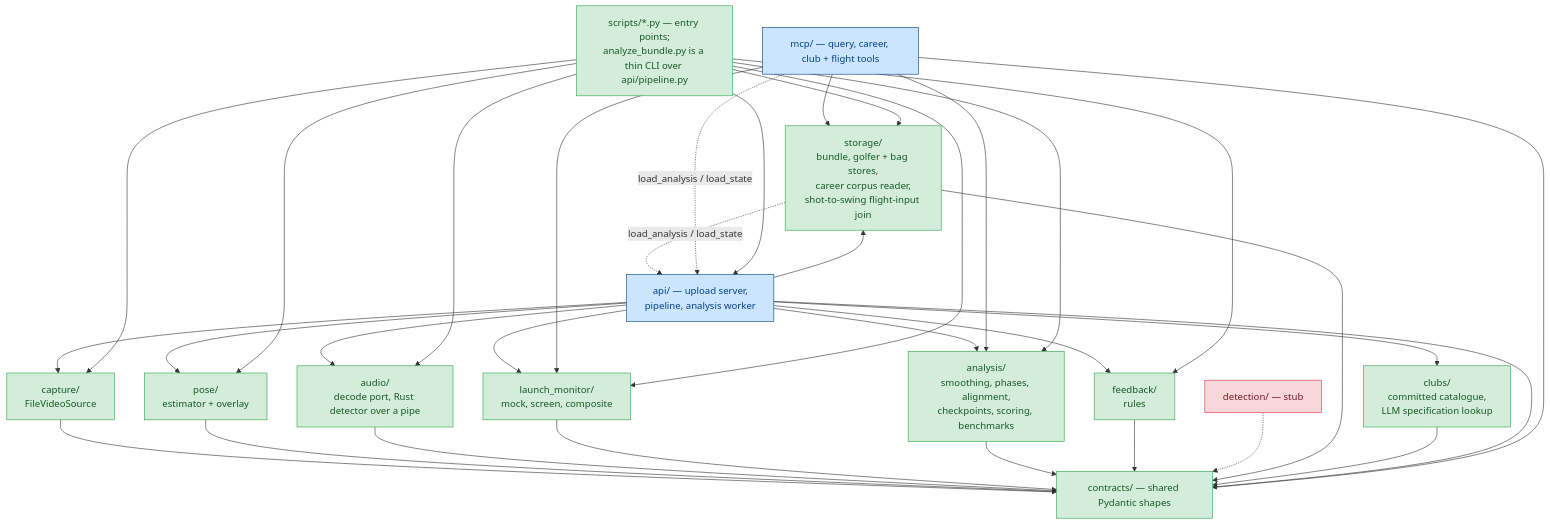
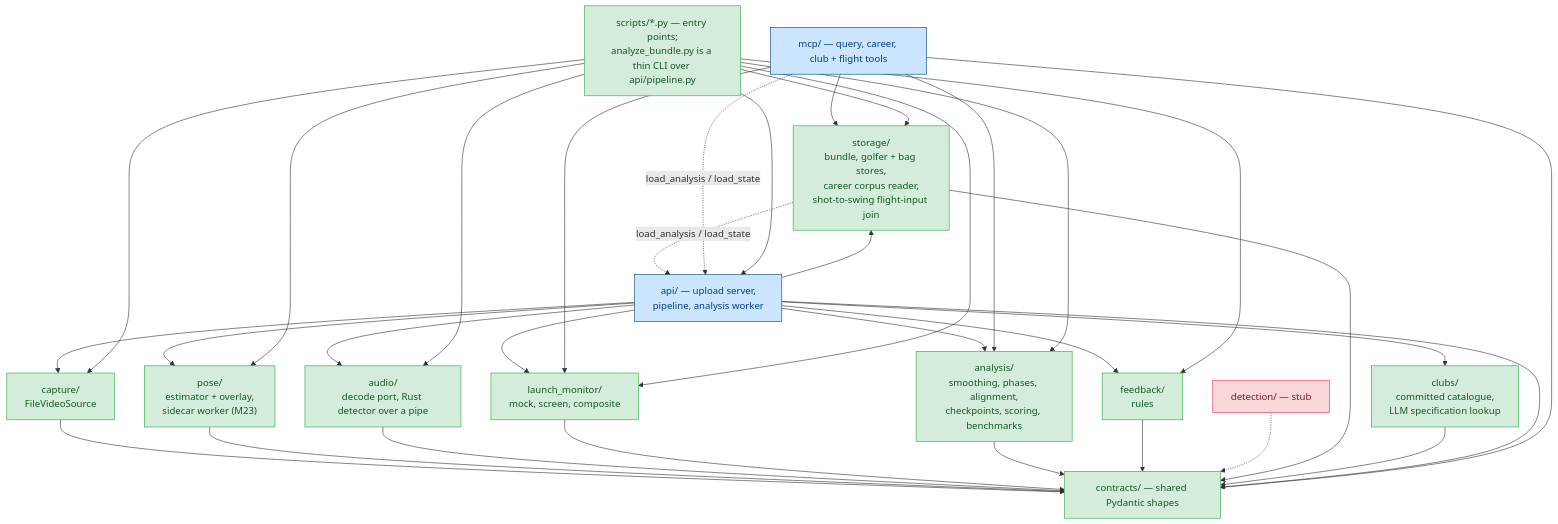
One commit to MildTreeRat/golf-coach changed the second of 3 diagrams in docs/ARCHITECTURE.md. Above: the diagram before and after it, drawn with Mermaid. The commit also changed other lines of this file and 25 other files, not shown here.

````diff
--- a/docs/ARCHITECTURE.md
+++ b/docs/ARCHITECTURE.md
@@ -251,49 +267,49 @@
 ```mermaid
 flowchart TD
     C["contracts/ — shared Pydantic shapes"]
 
     CAP["capture/<br/>FileVideoSource"] --> C
-    POSE["pose/<br/>estimator + overlay"] --> C
+    POSE["pose/<br/>estimator + overlay,<br/>sidecar worker (M23)"] --> C
     AUD["audio/<br/>decode port, Rust detector over a pipe"] --> C
     LMM["launch_monitor/<br/>mock, screen, composite"] --> C
     ANA["analysis/<br/>smoothing, phases, alignment,<br/>checkpoints, scoring, benchmarks"] --> C
     FB["feedback/<br/>rules"] --> C
     DET["detection/ — stub"] -.-> C
     STO["storage/<br/>bundle, golfer + bag stores,<br/>career corpus reader,<br/>shot-to-swing flight-input join"] --> C
     CLB["clubs/<br/>committed catalogue,<br/>LLM specification lookup"] --> C
 
     API["api/ — upload server,<br/>pipeline, analysis worker"] --> C
     MCP["mcp/ — query, career, club + flight tools"] --> C
 
     API --> CAP
     API --> POSE
     API --> AUD
     API --> ANA
     API --> FB
     API --> LMM
     API --> STO
     API --> CLB
 
     MCP --> ANA
     MCP --> STO
     MCP --> LMM
 
     STO -. "load_analysis / load_state" .-> API
     MCP -. "load_analysis / load_state" .-> API
 
     CLI["scripts/*.py — entry points;<br/>analyze_bundle.py is a thin CLI over api/pipeline.py"] --> API
     CLI --> CAP
     CLI --> POSE
     CLI --> AUD
     CLI --> ANA
     CLI --> FB
     CLI --> LMM
     CLI --> STO
 
     classDef built fill:#d4edda,stroke:#28a745,color:#155724;
     classDef stub fill:#f8d7da,stroke:#dc3545,color:#721c24;
     classDef shell fill:#cce5ff,stroke:#004085,color:#004085;
     class C,CAP,POSE,AUD,LMM,ANA,FB,CLI,STO,CLB built;
     class API,MCP shell;
     class DET stub;
 ```
````
